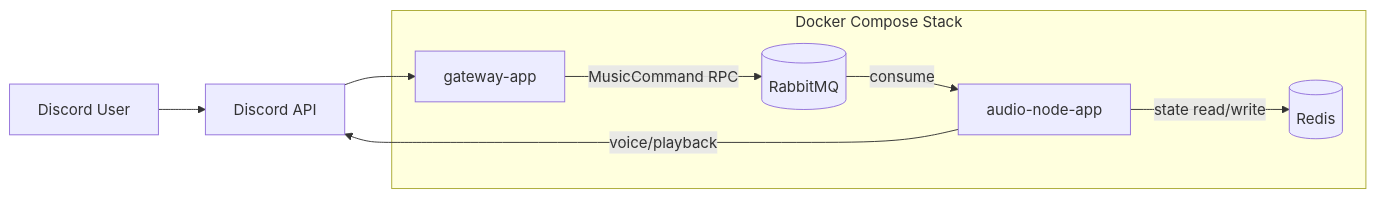
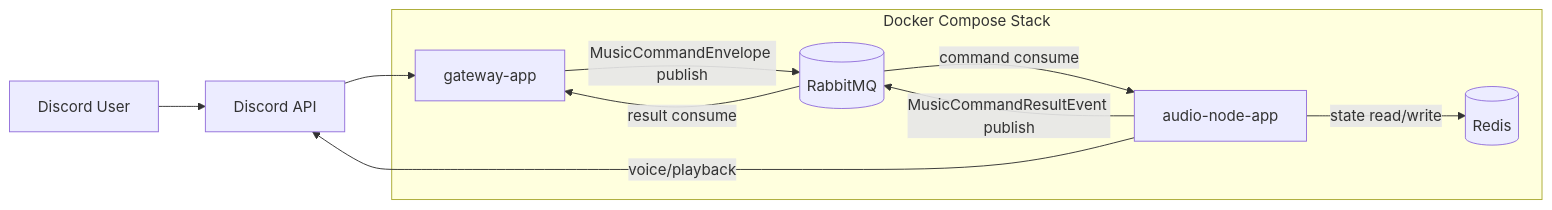
One commit to som141/dis changed the first of 2 diagrams in docs/CURRENT_ARCHITECTURE.md. Above: the diagram before and after it, drawn with Mermaid. The commit also changed other lines of this file and 37 other files, not shown here.

````diff
--- a/docs/CURRENT_ARCHITECTURE.md
+++ b/docs/CURRENT_ARCHITECTURE.md
@@ -34,19 +38,21 @@
 ```mermaid
 flowchart LR
     U[Discord User]
     D[Discord API]
 
     subgraph APPS[Docker Compose Stack]
         G[gateway-app]
         A[audio-node-app]
         R[(Redis)]
         MQ[(RabbitMQ)]
     end
 
     U --> D
     D --> G
-    G -->|MusicCommand RPC| MQ
-    MQ -->|consume| A
+    G -->|MusicCommandEnvelope publish| MQ
+    MQ -->|command consume| A
+    A -->|MusicCommandResultEvent publish| MQ
+    MQ -->|result consume| G
     A -->|state read/write| R
     A -->|voice/playback| D
 ```
````
